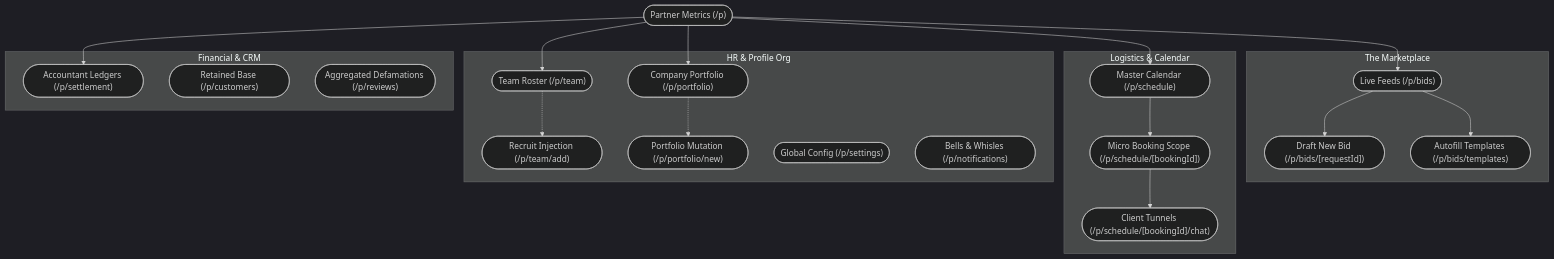
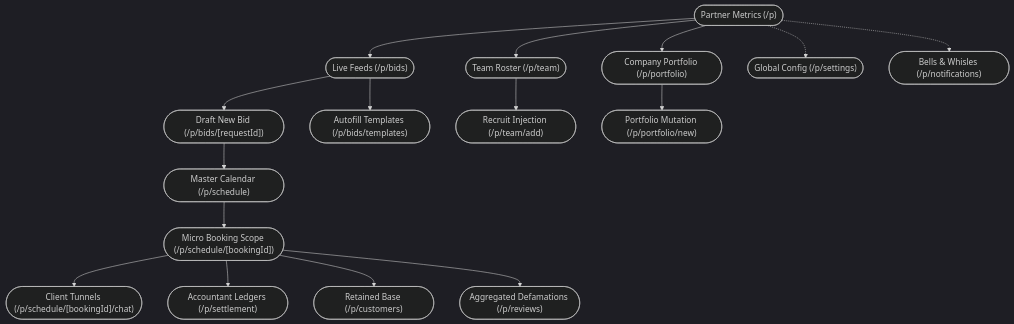
Before and after one commit to oniiyachan/analysis: the diagram in Analysis/10_User_Flow_Vector_Diagrams_EN/02_Partner_Flow.md, drawn with Mermaid (dark theme). The commit also changed 6 other files, not shown here.

````diff
--- a/Analysis/10_User_Flow_Vector_Diagrams_EN/02_Partner_Flow.md
+++ b/Analysis/10_User_Flow_Vector_Diagrams_EN/02_Partner_Flow.md
@@ -4,37 +4,29 @@
 ```mermaid
 graph TD
     D(["Partner Metrics (/p)"])
 
-    subgraph Bidding_Zone [The Marketplace]
-        B1(["Live Feeds (/p/bids)"])
-        B2(["Draft New Bid (/p/bids/[requestId])"])
-        B3(["Autofill Templates (/p/bids/templates)"])
-    end
+    %% Bidding
+    D --> B1(["Live Feeds (/p/bids)"])
+    B1 --> B2(["Draft New Bid (/p/bids/[requestId])"])
+    B1 --> B3(["Autofill Templates (/p/bids/templates)"])
 
-    subgraph Operations [Logistics & Calendar]
-        S1(["Master Calendar (/p/schedule)"])
-        S2(["Micro Booking Scope (/p/schedule/[bookingId])"])
-        S3(["Client Tunnels (/p/schedule/[bookingId]/chat)"])
-    end
+    %% Schedule
+    B2 --> S1(["Master Calendar (/p/schedule)"])
+    S1 --> S2(["Micro Booking Scope (/p/schedule/[bookingId])"])
+    S2 --> S3(["Client Tunnels (/p/schedule/[bookingId]/chat)"])
+    
+    %% CRM and Fin
+    S2 --> F1(["Accountant Ledgers (/p/settlement)"])
+    S2 --> C1(["Retained Base (/p/customers)"])
+    S2 --> R1(["Aggregated Defamations (/p/reviews)"])
 
-    subgraph Company_Mgmt [HR & Profile Org]
-        T1(["Team Roster (/p/team)"])
-        T2(["Recruit Injection (/p/team/add)"])
-        P1(["Company Portfolio (/p/portfolio)"])
-        P2(["Portfolio Mutation (/p/portfolio/new)"])
-        SET(["Global Config (/p/settings)"])
-        NOT(["Bells & Whisles (/p/notifications)"])
-    end
-
-    subgraph Accounting_CRM [Financial & CRM]
-        F1(["Accountant Ledgers (/p/settlement)"])
-        C1(["Retained Base (/p/customers)"])
-        R1(["Aggregated Defamations (/p/reviews)"])
-    end
-
-    D --> B1 & S1 & F1 & T1 & P1
-    B1 --> B2 & B3
-    S1 --> S2 --> S3
-    T1 -.-> T2
-    P1 -.-> P2
+    %% HR Org
+    D --> T1(["Team Roster (/p/team)"])
+    T1 --> T2(["Recruit Injection (/p/team/add)"])
+    D --> P1(["Company Portfolio (/p/portfolio)"])
+    P1 --> P2(["Portfolio Mutation (/p/portfolio/new)"])
+    
+    %% System
+    D -.-> SET(["Global Config (/p/settings)"])
+    D -.-> NOT(["Bells & Whisles (/p/notifications)"])
 ```
````
